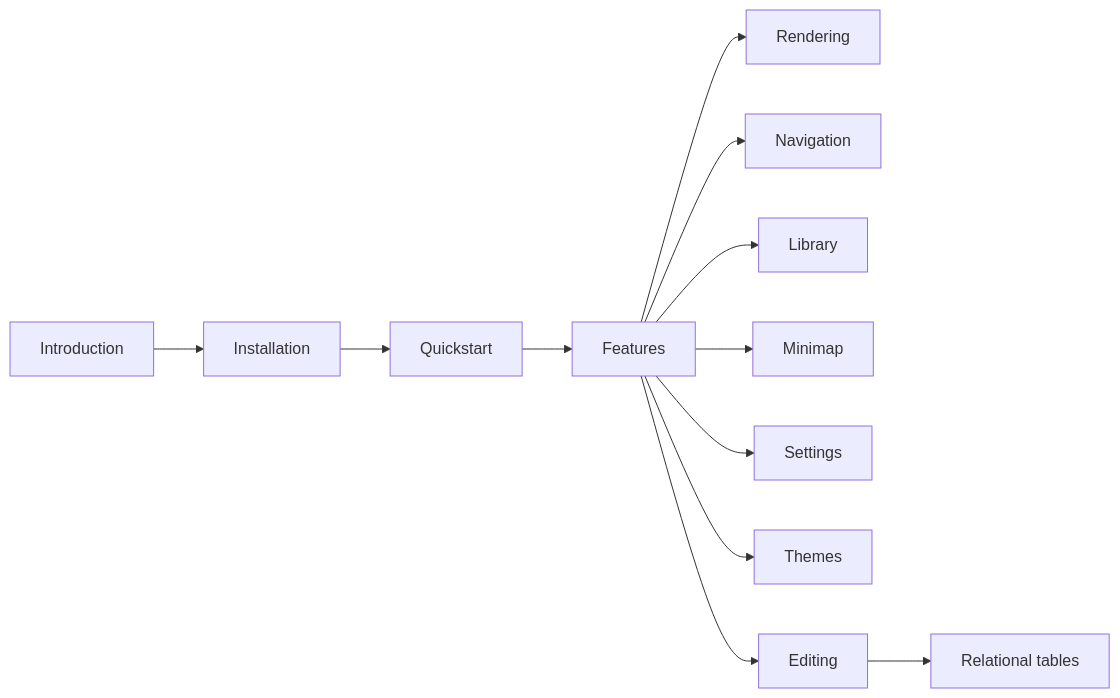
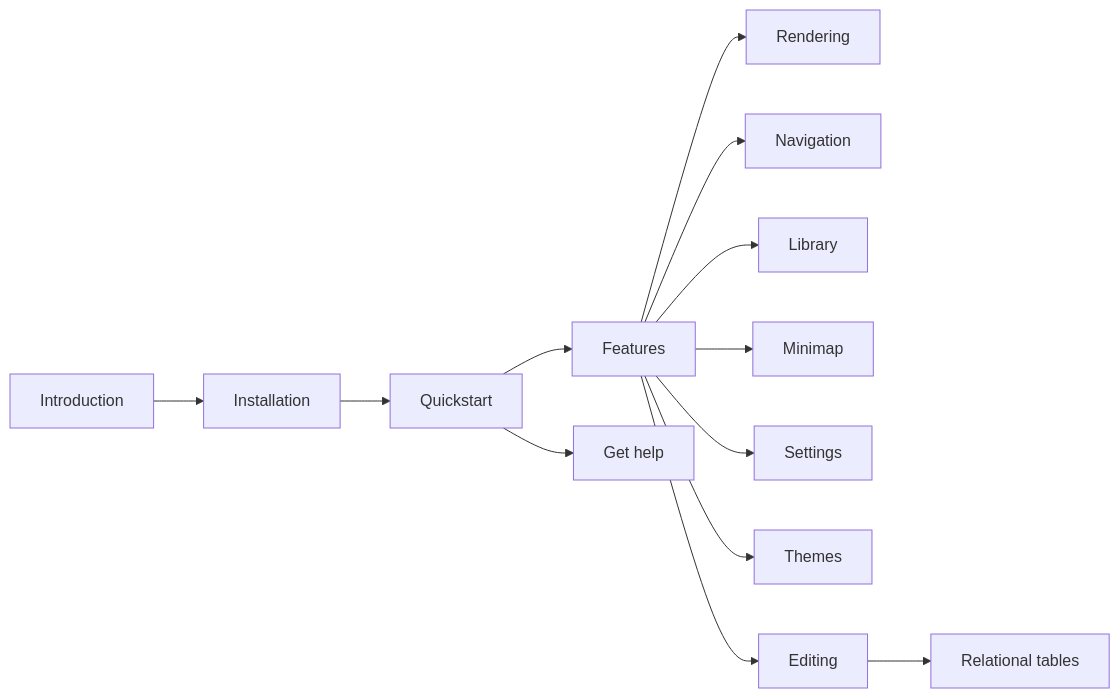
One commit to ryanallen/leaftext changed the diagram in docs/README.md. Above: the diagram before and after it, drawn with Mermaid. The commit also changed other lines of this file and 12 other files, not shown here.

````diff
--- a/docs/README.md
+++ b/docs/README.md
@@ -9,14 +9,15 @@
 ```mermaid
 flowchart LR
     A[Introduction] --> B[Installation]
     B --> C[Quickstart]
     C --> D[Features]
+    C --> Z[Get help]
     D --> E[Rendering]
     D --> F[Navigation]
     D --> G[Library]
     D --> H[Minimap]
     D --> I[Settings]
     D --> J[Themes]
     D --> K[Editing]
     K --> Q[Relational tables]
 ```
````
